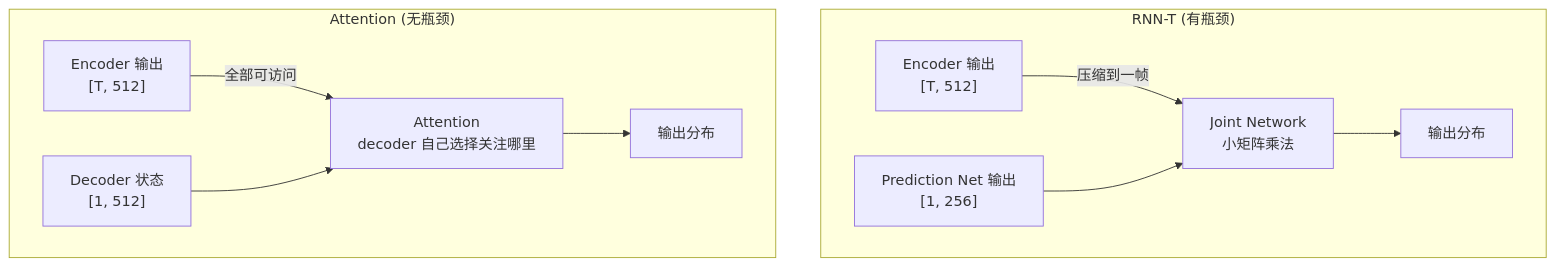
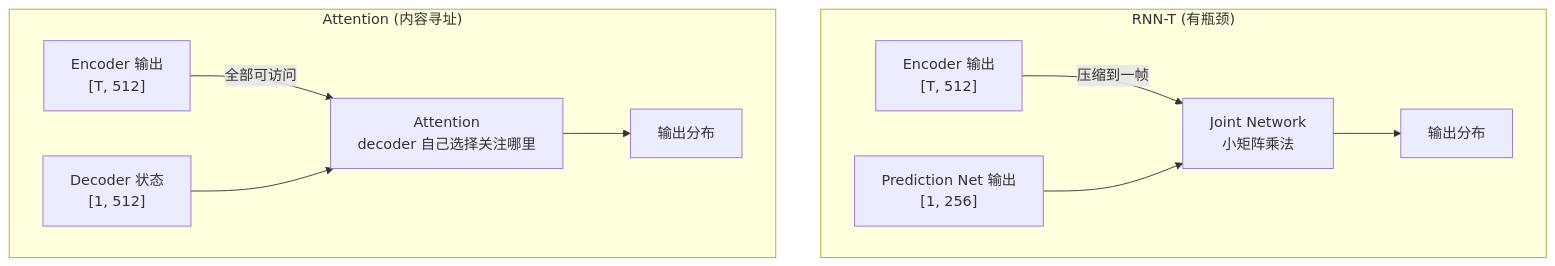
The first of 4 diagrams in docs/subpage/AI/subsubpage/智能语音/第_7_课：注意力机制与Encoder-Decoder-ASR.md (UrsoCN/Docs), drawn with Mermaid before and after one commit. The commit also changed other lines of this file and 8 other files, not shown here.

````diff
--- a/docs/subpage/AI/subsubpage/智能语音/第_7_课：注意力机制与Encoder-Decoder-ASR.md
+++ b/docs/subpage/AI/subsubpage/智能语音/第_7_课：注意力机制与Encoder-Decoder-ASR.md
@@ -26,13 +26,13 @@
 ```mermaid
 graph TD
     subgraph "RNN-T (有瓶颈)"
         E1["Encoder 输出<br/>[T, 512]"] -->|"压缩到一帧"| J1["Joint Network<br/>小矩阵乘法"]
         P1["Prediction Net 输出<br/>[1, 256]"] --> J1
         J1 --> O1["输出分布"]
     end
-    subgraph "Attention (无瓶颈)"
+    subgraph "Attention (内容寻址)"
         E2["Encoder 输出<br/>[T, 512]"] -->|"全部可访问"| A2["Attention<br/>decoder 自己选择关注哪里"]
         D2["Decoder 状态<br/>[1, 512]"] --> A2
         A2 --> O2["输出分布"]
     end
 ```
````
